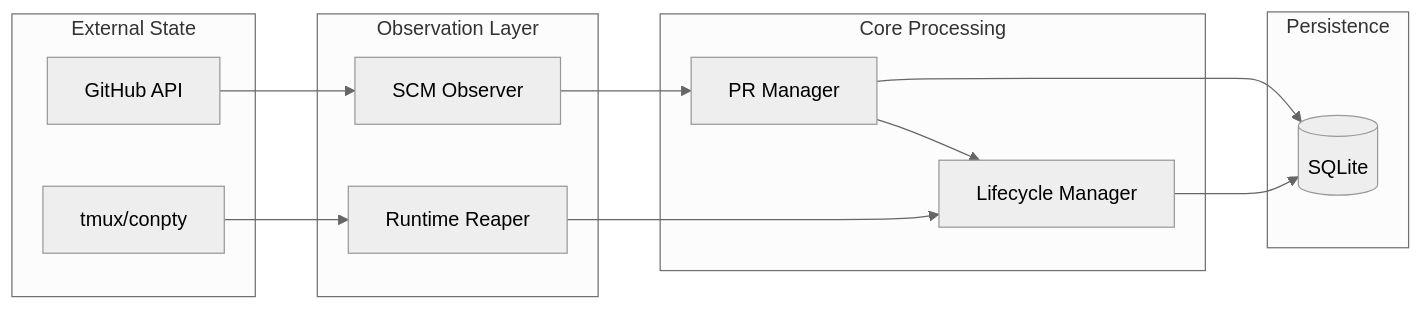
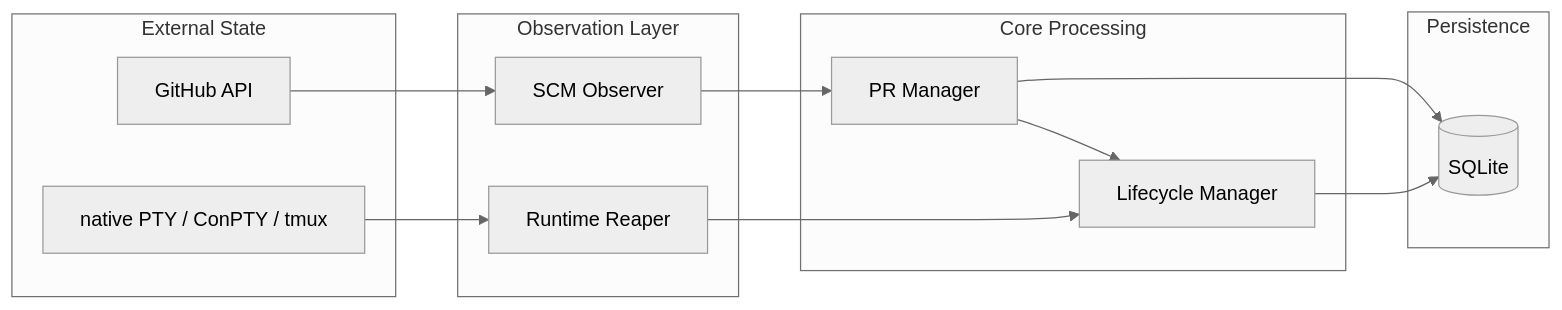
One commit to OrchestratorInc/agent-orchestrator changed diagram 20 of 24 in docs/architecture.md. Above: the diagram before and after it, drawn with Mermaid (neutral theme). The commit also changed other lines of this file and 48 other files, not shown here.

````diff
--- a/docs/architecture.md
+++ b/docs/architecture.md
@@ -832,32 +832,32 @@
 ```mermaid
 flowchart LR
     subgraph External["External State"]
         GitHub[GitHub API]
-        Runtimes[tmux/conpty]
+        Runtimes[native PTY / ConPTY / tmux]
     end
 
     subgraph Observers["Observation Layer"]
         SCM[SCM Observer]
         Reaper[Runtime Reaper]
     end
 
     subgraph Core["Core Processing"]
         LCM[Lifecycle Manager]
         PRMgr[PR Manager]
     end
 
     subgraph Storage["Persistence"]
         SQLite[(SQLite)]
     end
 
     GitHub --> SCM
     Runtimes --> Reaper
 
     SCM --> PRMgr
     PRMgr --> SQLite
     PRMgr --> LCM
 
     Reaper --> LCM
     LCM --> SQLite
 
 ```
````
